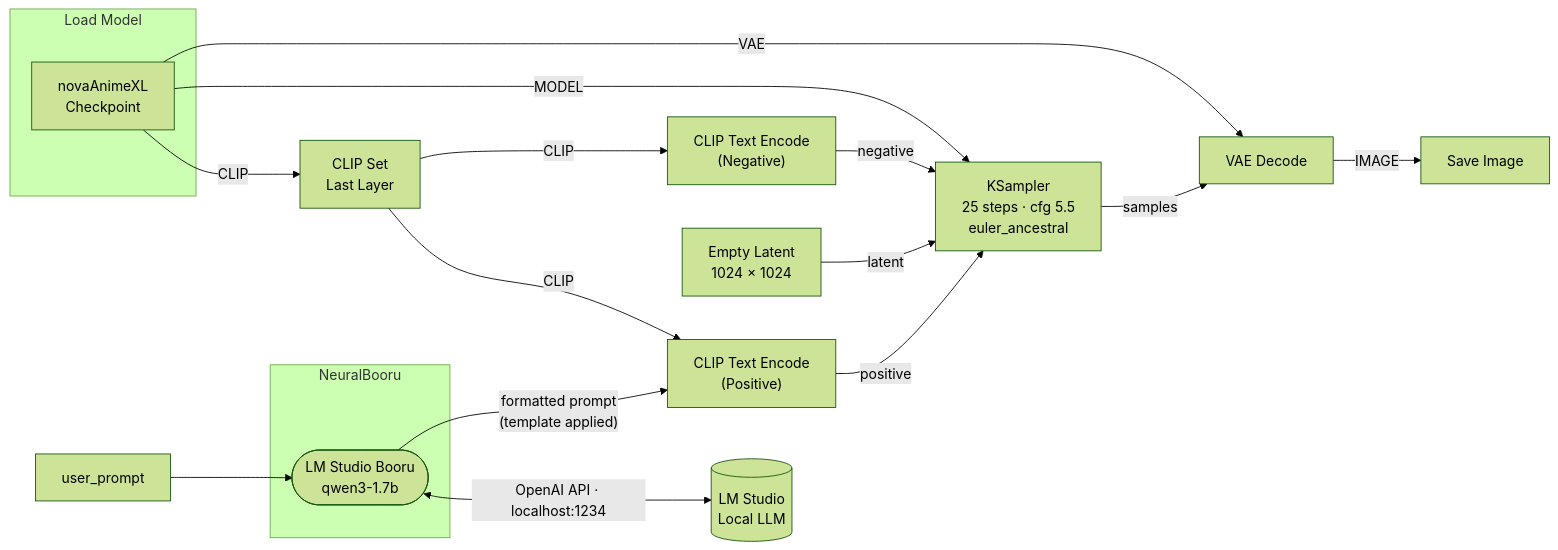
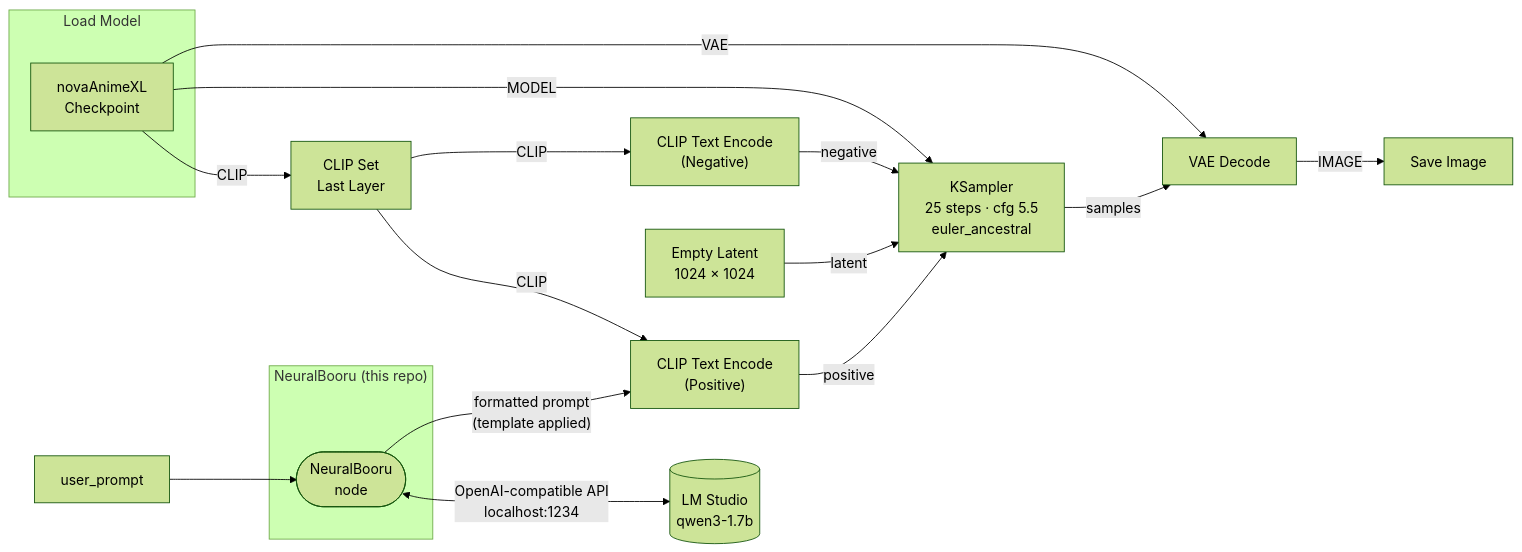
One commit to ChrisJohnson89/ComfyUI-NeuralBooru changed the diagram in README.md. Above: the diagram before and after it, drawn with Mermaid (forest theme).

Commit message:
docs: correct node name and API label in diagram
- Node is NeuralBooru, not "LM Studio Booru" (old name from screenshot)
- Clarify it is the OpenAI-compatible API, not the OpenAI cloud service
- qwen3-1.7b is the model running in LM Studio, not in the node

````diff
--- a/README.md
+++ b/README.md
@@ -14,27 +14,27 @@
 ```mermaid
 flowchart LR
     UP["user_prompt"] --> LMB
 
-    subgraph NB ["NeuralBooru"]
-        LMB(["LM Studio Booru<br/>qwen3-1.7b"])
+    subgraph NB ["NeuralBooru (this repo)"]
+        LMB(["NeuralBooru<br/>node"])
     end
 
-    LMB <-->|"OpenAI API · localhost:1234"| LMS[("LM Studio<br/>Local LLM")]
+    LMB <-->|"OpenAI-compatible API<br/>localhost:1234"| LMS[("LM Studio<br/>qwen3-1.7b")]
 
     subgraph LOAD ["Load Model"]
         CKPT["novaAnimeXL<br/>Checkpoint"]
     end
 
     LMB -->|"formatted prompt<br/>(template applied)"| POS["CLIP Text Encode<br/>(Positive)"]
     CKPT -->|CLIP| CLIPS["CLIP Set<br/>Last Layer"]
     CLIPS -->|CLIP| POS
     CLIPS -->|CLIP| NEG["CLIP Text Encode<br/>(Negative)"]
     CKPT -->|MODEL| KS["KSampler<br/>25 steps · cfg 5.5<br/>euler_ancestral"]
     CKPT -->|VAE| DEC["VAE Decode"]
 
     POS -->|positive| KS
     NEG -->|negative| KS
     LAT["Empty Latent<br/>1024 × 1024"] -->|latent| KS
     KS -->|samples| DEC
     DEC -->|IMAGE| SAVE["Save Image"]
 ```
````
